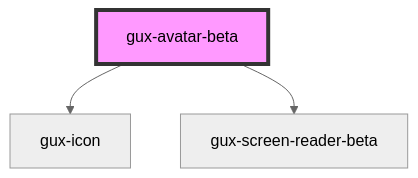
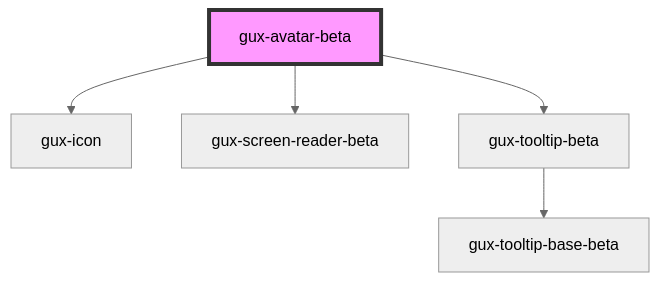
Before and after one commit to MyPureCloud/genesys-spark: the diagram in packages/genesys-spark-components/src/components/beta/gux-avatar/readme.md, drawn with Mermaid (neutral theme). The commit also changed other lines of this file and 20 other files, not shown here.

First line of the commit message:
feat(avatar): add tooltip

````diff
--- a/packages/genesys-spark-components/src/components/beta/gux-avatar/readme.md
+++ b/packages/genesys-spark-components/src/components/beta/gux-avatar/readme.md
@@ -38,6 +62,8 @@
 ```mermaid
 graph TD;
   gux-avatar-beta --> gux-icon
   gux-avatar-beta --> gux-screen-reader-beta
+  gux-avatar-beta --> gux-tooltip-beta
+  gux-tooltip-beta --> gux-tooltip-base-beta
   style gux-avatar-beta fill:#f9f,stroke:#333,stroke-width:4px
 ```
````
